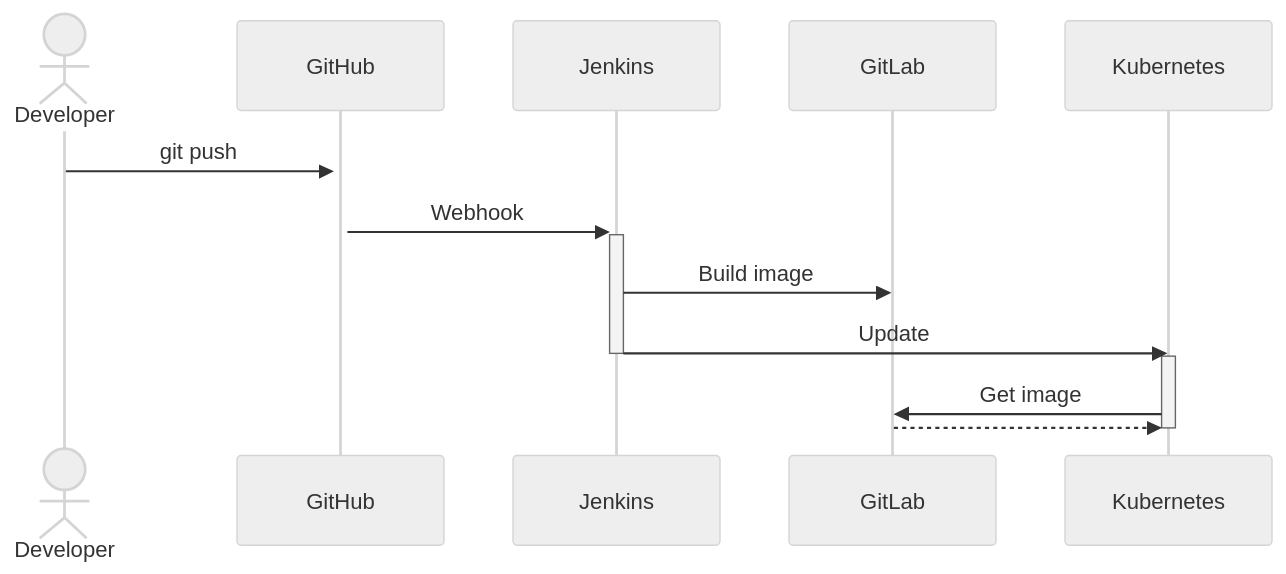
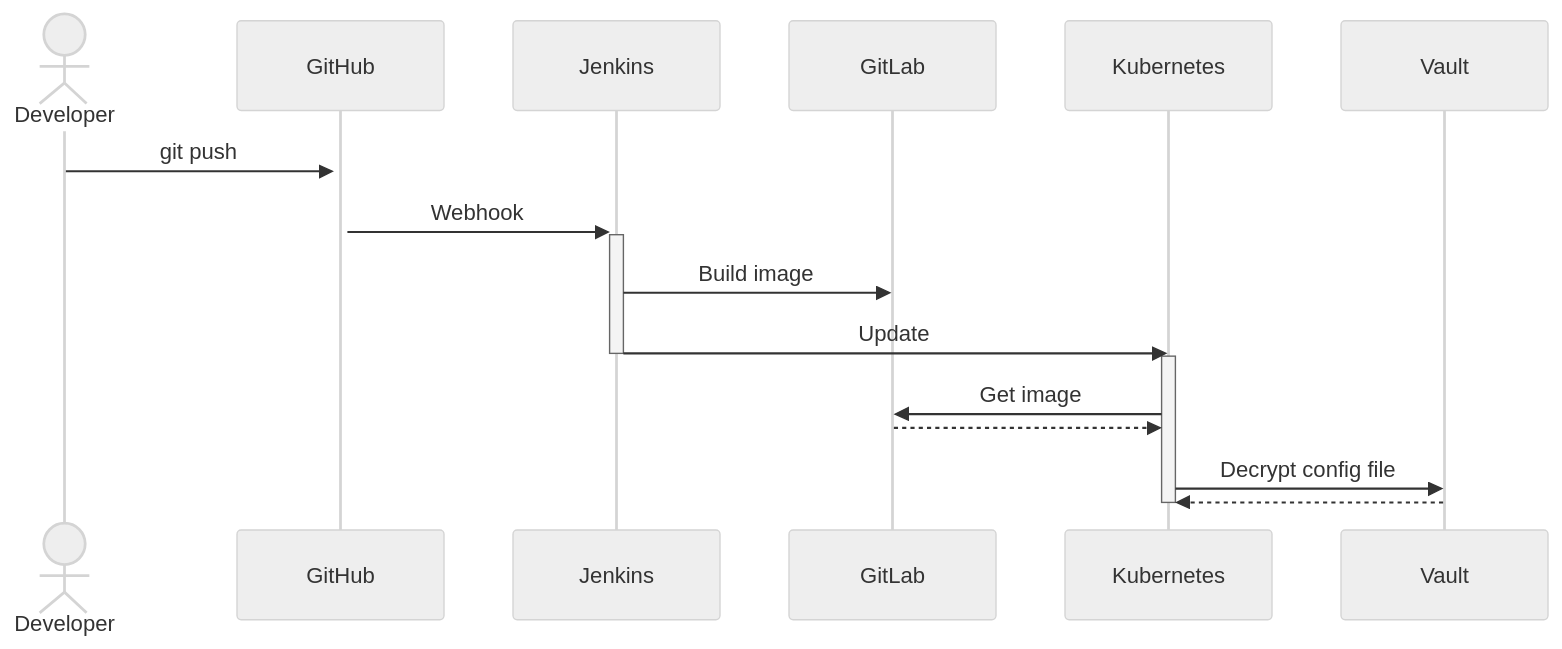
The diagram in images/mermaid/devops-workflow-1.mmd (CC-Digital-Innovation/2022-DIKO-DevOps-Presentation), drawn with Mermaid (neutral theme) before and after one commit. The commit also changed 6 other files, not shown here.

```diff
--- a/images/mermaid/devops-workflow-1.mmd
+++ b/images/mermaid/devops-workflow-1.mmd
@@ -1,10 +1,12 @@
 sequenceDiagram
     actor Developer
     Developer->>+GitHub: git push
     GitHub->>+Jenkins: Webhook
     Jenkins->>GitLab: Build image
     Jenkins->>-Kubernetes: Update
     activate Kubernetes
     Kubernetes->>GitLab: Get image
     GitLab-->>Kubernetes: 
+    Kubernetes->>Vault: Decrypt config file
+    Vault-->>Kubernetes: 
     deactivate Kubernetes
```
